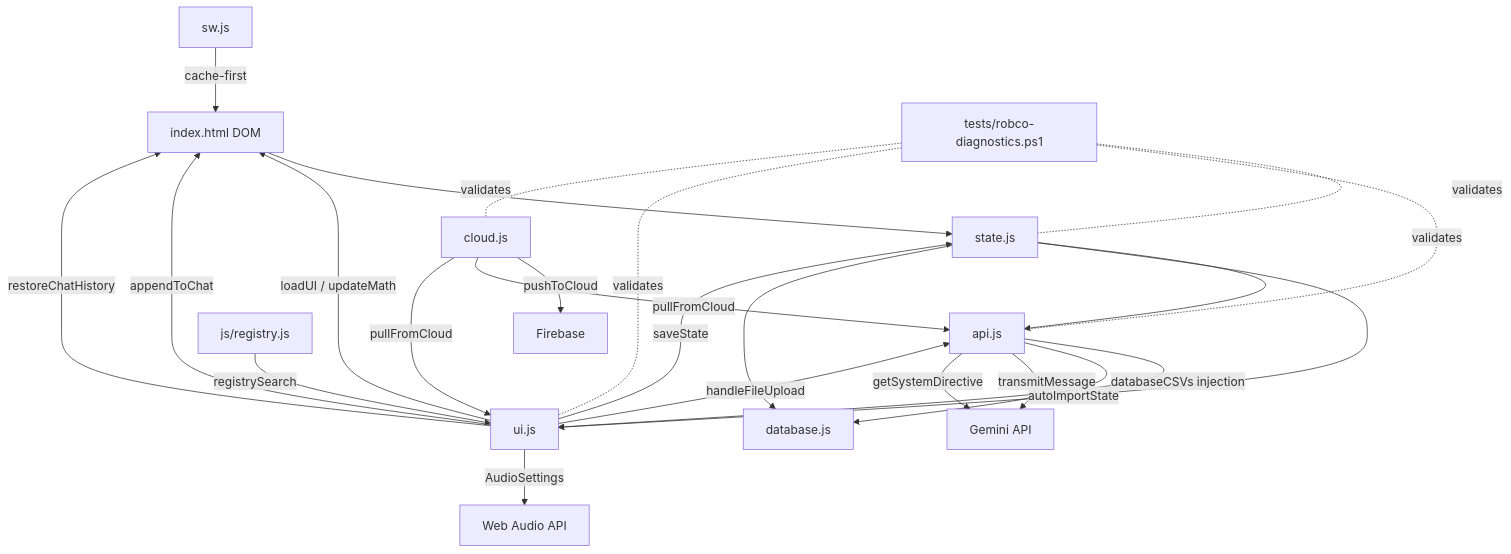
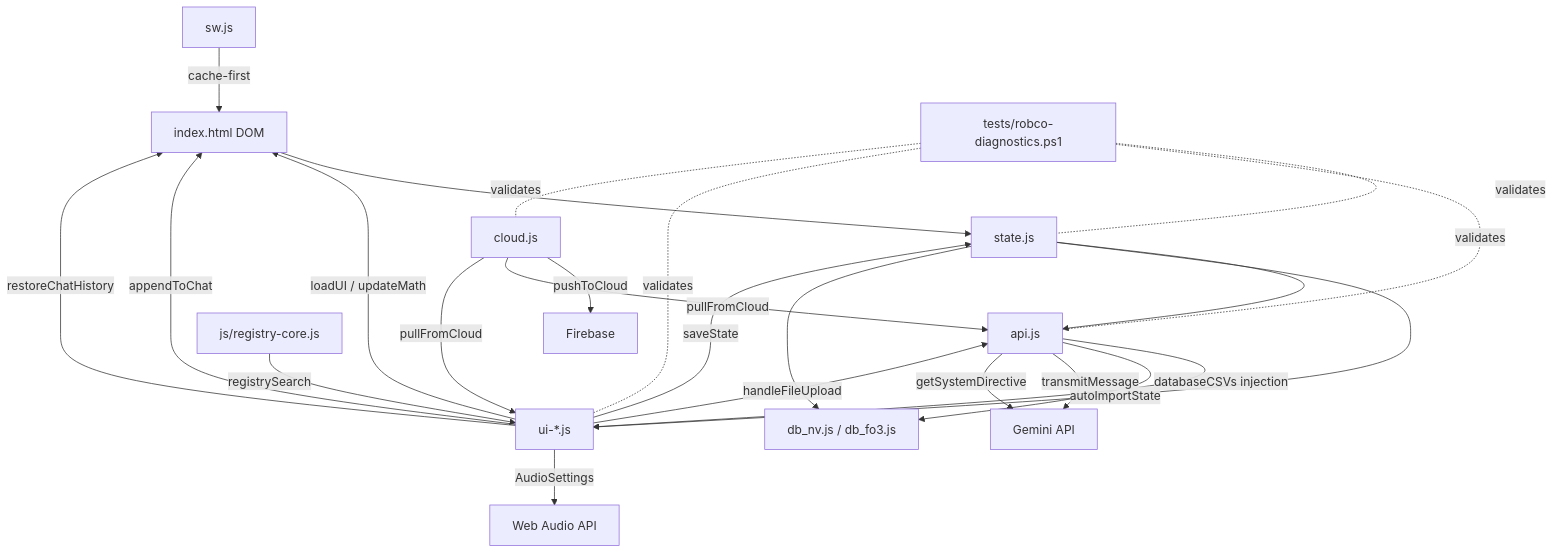
Before and after one commit to zerckzzyHD/Robco-UOS: the diagram in ARCHITECTURE.md, drawn with Mermaid. The commit also changed other lines of this file and 5 other files, not shown here.

````diff
--- a/ARCHITECTURE.md
+++ b/ARCHITECTURE.md
@@ -743,32 +748,32 @@
 ```mermaid
 graph TD
     A[index.html DOM] --> B[state.js]
     B --> C[api.js]
-    B --> D[ui.js]
-    B --> E[database.js]
+    B --> D[ui-*.js]
+    B --> E[db_nv.js / db_fo3.js]
 
     C --> |autoImportState| D
     C --> |databaseCSVs injection| E
     C --> |transmitMessage| F[Gemini API]
     C --> |getSystemDirective| F
 
     D -->|loadUI / updateMath| A
     D -->|saveState| B
     D -->|appendToChat| A
     D -->|AudioSettings| G[Web Audio API]
     D -->|handleFileUpload| C
     D -->|restoreChatHistory| A
 
     H[cloud.js] -->|pushToCloud| I[Firebase]
     H -->|pullFromCloud| C
     H -->|pullFromCloud| D
 
     J[sw.js] -->|cache-first| A
 
     K[tests/robco-diagnostics.ps1] -.-|validates| B
     K -.-|validates| C
     K -.-|validates| D
     K -.-|validates| H
 
-    L[js/registry.js] -->|registrySearch| D
+    L[js/registry-core.js] -->|registrySearch| D
 ```
````
